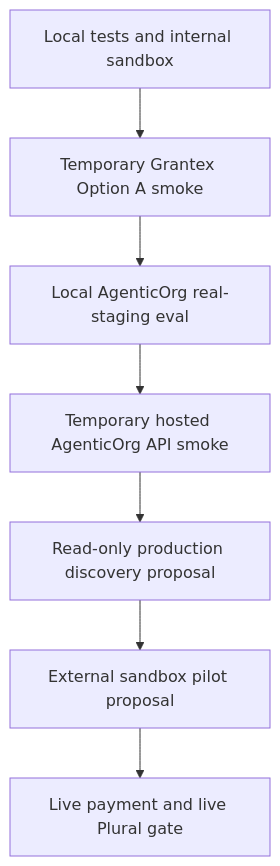
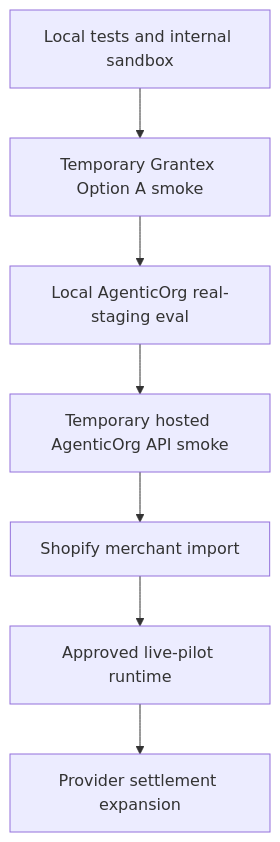
One commit to mishrasanjeev/grantex changed the third of 3 diagrams in docs/guides/commerce-v1-overview.mdx. Above: the diagram before and after it, drawn with Mermaid. The commit also changed other lines of this file and 14 other files, not shown here.

Commit message:
Publish Commerce V1 live pilot docs

````diff
--- a/docs/guides/commerce-v1-overview.mdx
+++ b/docs/guides/commerce-v1-overview.mdx
@@ -112,9 +116,9 @@
 ```mermaid
 flowchart TB
   local[Local tests and internal sandbox] --> optionA[Temporary Grantex Option A smoke]
   optionA --> real[Local AgenticOrg real-staging eval]
   real --> hosted[Temporary hosted AgenticOrg API smoke]
-  hosted --> prodReadOnly[Read-only production discovery proposal]
-  prodReadOnly --> external[External sandbox pilot proposal]
-  external --> live[Live payment and live Plural gate]
+  hosted --> shopify[Shopify merchant import]
+  shopify --> live[Approved live-pilot runtime]
+  live --> provider[Provider settlement expansion]
 ```
````
